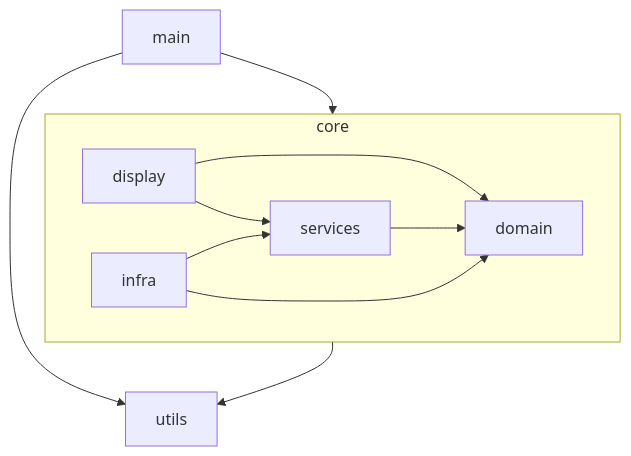
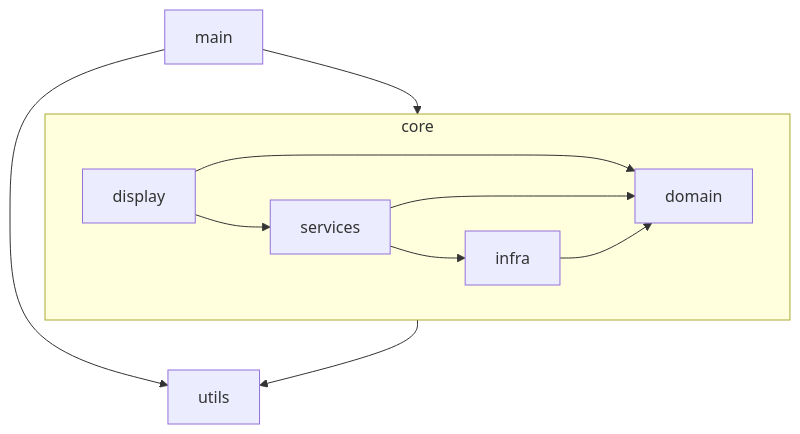
The first of 2 diagrams in DEVELOPMENT.md (joaomelo/calystone), drawn with Mermaid before and after one commit. The commit also changed other lines of this file, not shown here.

````diff
--- a/DEVELOPMENT.md
+++ b/DEVELOPMENT.md
@@ -7,20 +7,20 @@
 ```mermaid
 graph TD
   main
   subgraph core
     direction LR
     display
     services
     infra
     domain
   end
   utils
   main --> core
   display --> domain
   display --> services
   services --> domain
-  infra --> services
+  services --> infra
   infra --> domain
   main --> utils
   core --> utils
 ```
````
